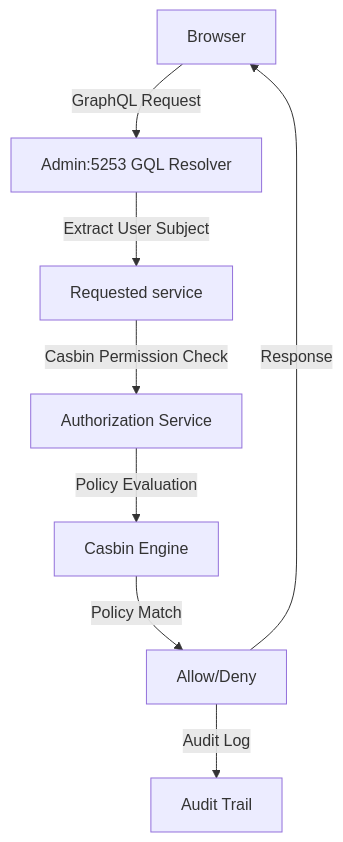
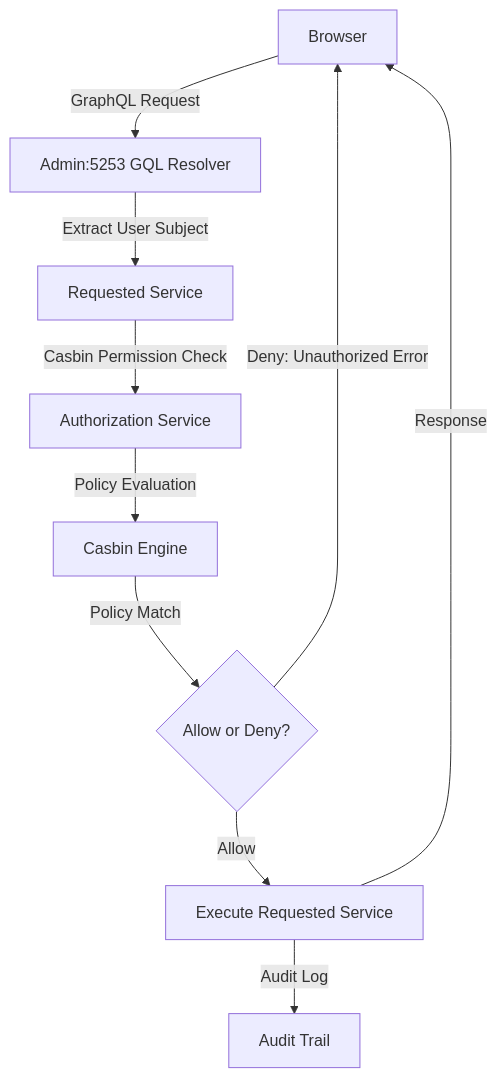
One commit to GaloyMoney/lana-bank changed the diagram in AUTHZ.md. Above: the diagram before and after it, drawn with Mermaid. The commit also changed other lines of this file, not shown here.

````diff
--- a/AUTHZ.md
+++ b/AUTHZ.md
@@ -30,10 +26,12 @@
 ```mermaid
 flowchart TD
   A[Browser] -->|GraphQL Request| B[Admin:5253 GQL Resolver]
-  B -->|Extract User Subject| C[Requested service]
+  B -->|Extract User Subject| C[Requested Service]
   C -->|Casbin Permission Check| D[Authorization Service]
   D -->|Policy Evaluation| E[Casbin Engine]
-  E -->|Policy Match| F[Allow/Deny]
-  F -->|Audit Log| G[Audit Trail]
-  F -->|Response| A
+  E -->|Policy Match| F{Allow or Deny?}
+  F -->|Deny: Unauthorized Error| A[Browser]
+  F -->|Allow| H[Execute Requested Service]
+  H -->|Response| A
+  H -->|Audit Log| I[Audit Trail]
 ```
````
